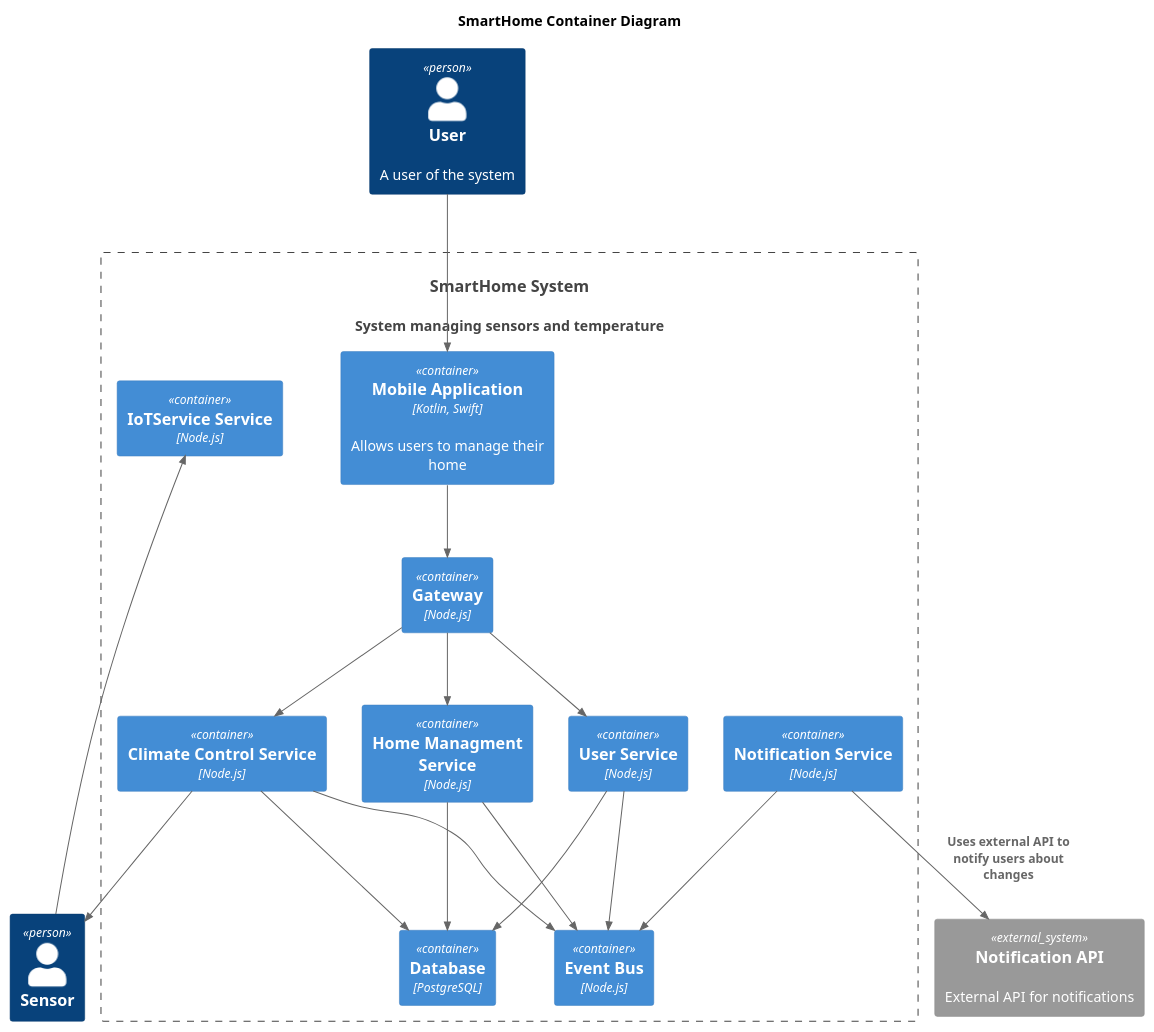
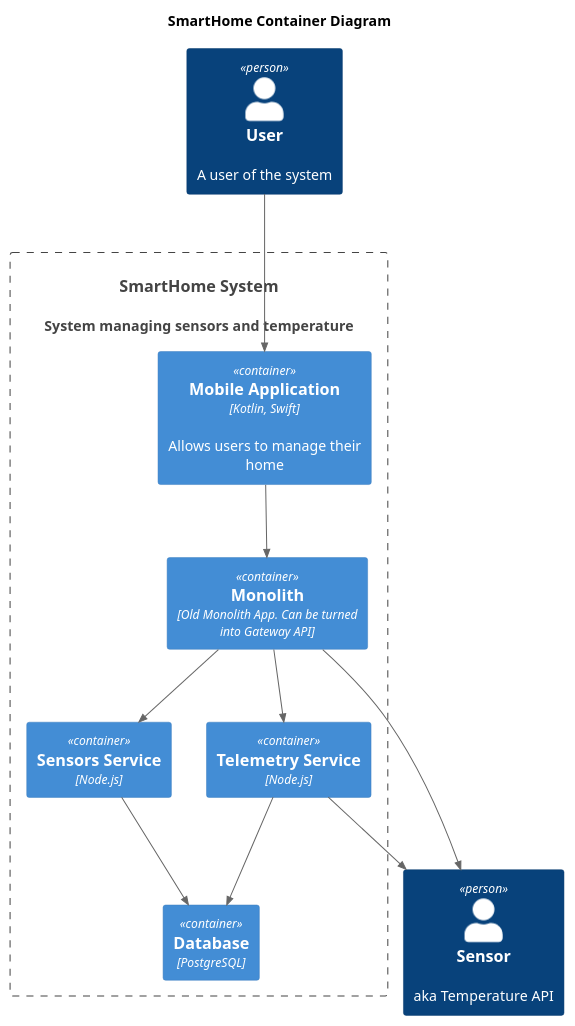
Before and after one commit to lunaticenslaved/practicum-software-architect-1: the diagram in schemas/container/Container.puml, drawn with PlantUML. The commit also changed 46 other files, not shown here.

```diff
--- a/schemas/container/Container.puml
+++ b/schemas/container/Container.puml
@@ -1,53 +1,31 @@
 @startuml
 title SmartHome Container Diagram
 
 top to bottom direction
 
 !includeurl https://raw.githubusercontent.com/RicardoNiepel/C4-PlantUML/master/C4_Component.puml
 
 Person(user, "User", "A user of the system")
-Person(sensor, "Sensor", "")
+Person(sensor, "Sensor", "aka Temperature API")
 
 System(SmartHomeSystem, "SmartHome System", "System managing sensors and temperature")
 
 Container_Boundary(SmartHomeSystem, "SmartHome System") {
+  Container(Monolith, "Monolith", "Old Monolith App. Can be turned into Gateway API")
+
   Container(MobileApp, "Mobile Application", "Kotlin, Swift", "Allows users to manage their home")
-
-  Container(Gateway, "Gateway", "Node.js", "")
-  
-  Container(UserService, "User Service", "Node.js", "")
-  Container(HomeManagmentService, "Home Managment Service", "Node.js", "")
-  Container(ClimateControlService, "Climate Control Service", "Node.js", "")
-  Container(IoTService, "IoTService Service", "Node.js", "")
-  Container(NotificationService, "Notification Service", "Node.js", "")
-
-  Container(EventBus, "Event Bus", "Node.js", "")
+  Container(SensorsService, "Sensors Service", "Node.js", "")
+  Container(TelemetryService, "Telemetry Service", "Node.js", "")
   Container(Database, "Database", "PostgreSQL", "")
 }
 
-System_Ext(api, "Notification API", "External API for notifications")
-
 Rel(user, MobileApp, "")
-Rel(sensor, IoTService, "")
-
-Rel(MobileApp, Gateway, "")
-
-Rel(Gateway, UserService, "")
-Rel(Gateway, HomeManagmentService, "")
-Rel(Gateway, ClimateControlService, "")
-
-Rel(UserService, Database, "")
-Rel(UserService, EventBus, "")
-
-Rel(HomeManagmentService, Database, "")
-Rel(HomeManagmentService, EventBus, "")
-
-Rel(ClimateControlService, Database, "")
-Rel(ClimateControlService, sensor, "")
-Rel(ClimateControlService, EventBus, "")
-
-Rel(NotificationService, EventBus, "")
-
-Rel(NotificationService, api, "Uses external API to notify users about changes")
+Rel(Monolith, sensor, "")
+Rel(MobileApp, Monolith, "")
+Rel(Monolith, SensorsService, "")
+Rel(Monolith, TelemetryService, "")
+Rel(SensorsService, Database, "")
+Rel(TelemetryService, Database, "")
+Rel(TelemetryService, sensor, "")
 
 @enduml
```
